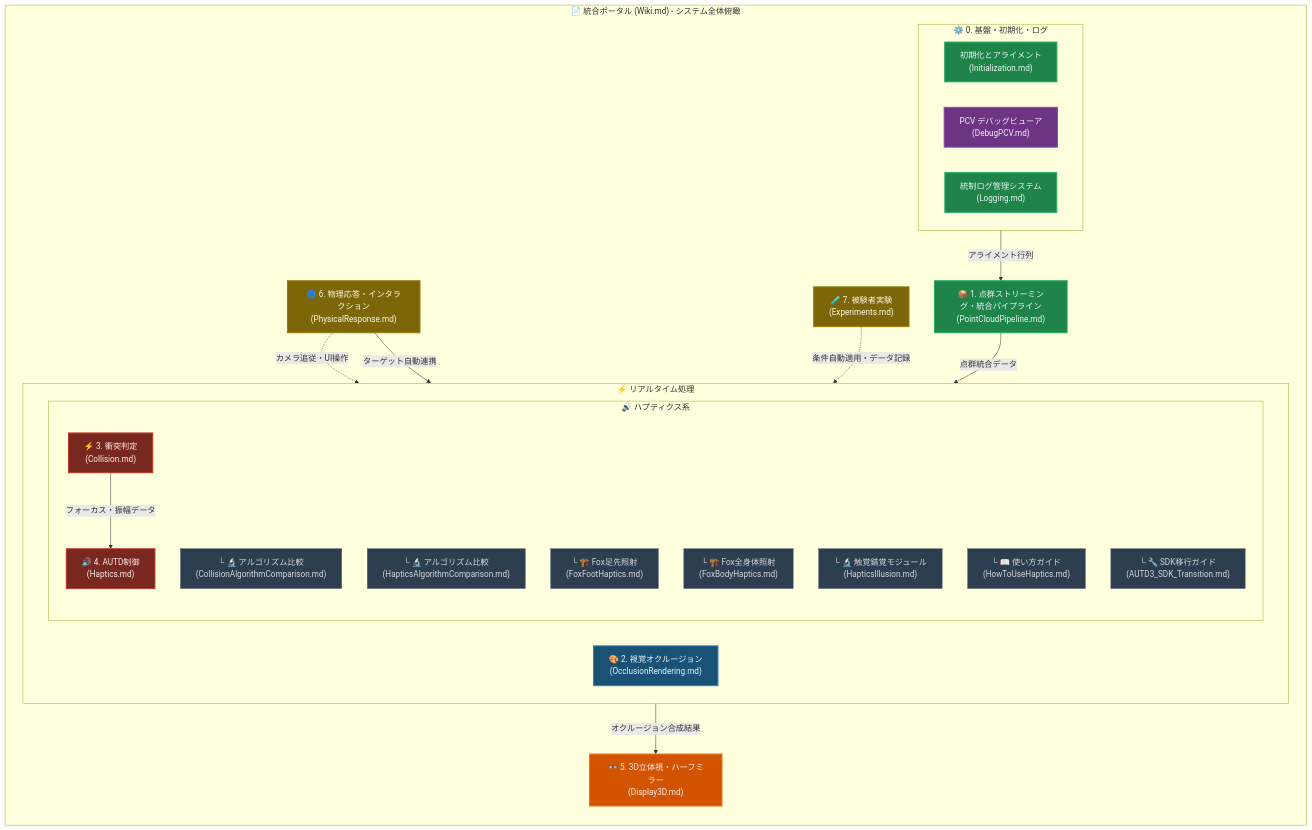
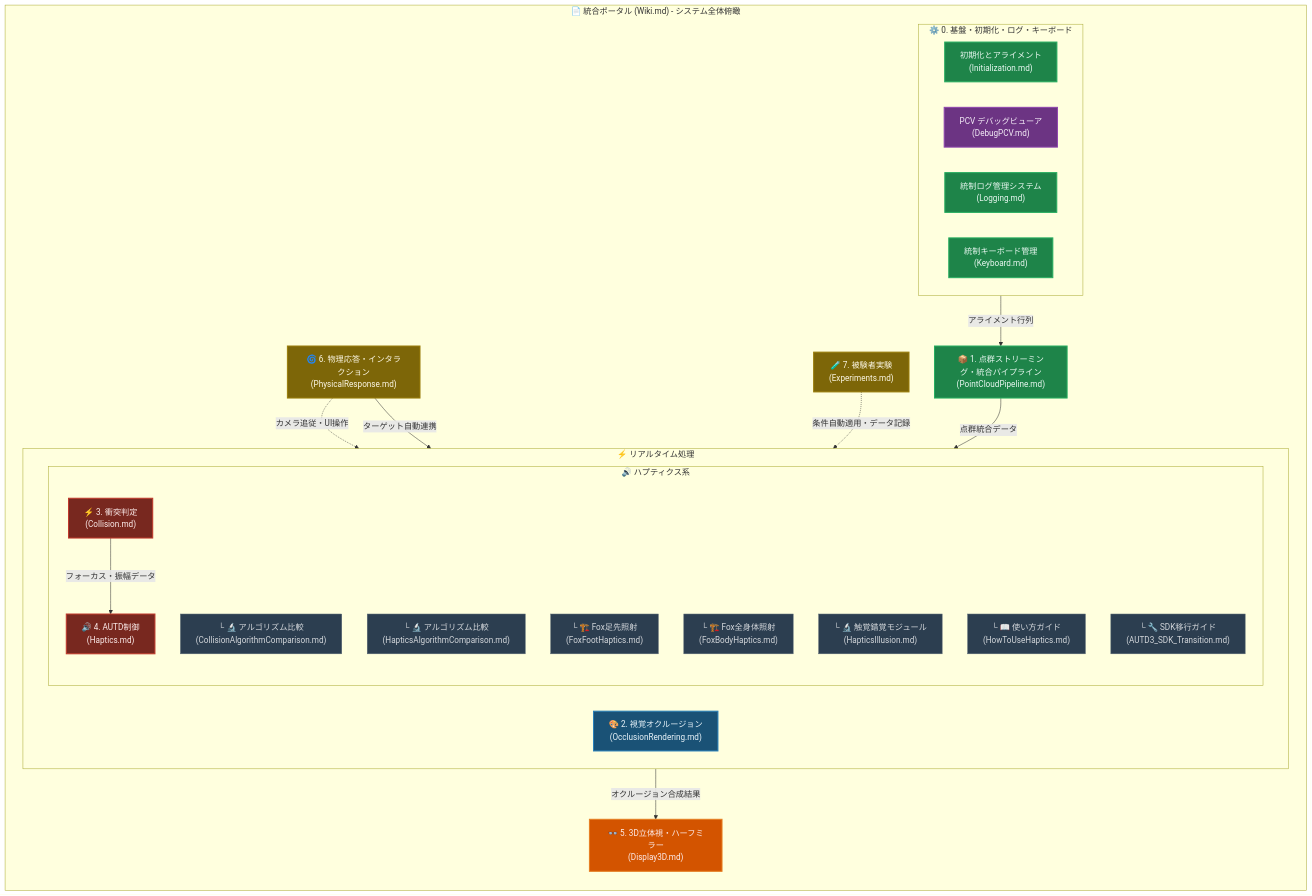
Before and after one commit to kotetsuOU/RealTimeOcclusionDemo: the diagram in Docs/Wiki.md, drawn with Mermaid. The commit also changed other lines of this file and 143 other files, not shown here.

````diff
--- a/Docs/Wiki.md
+++ b/Docs/Wiki.md
@@ -11,57 +11,58 @@
 ```mermaid
 graph TD
     %% スタイル定義
     classDef render fill:#1A5276,stroke:#2980B9,stroke-width:2px,color:#EBF5FB;
     classDef haptic fill:#78281F,stroke:#C0392B,stroke-width:2px,color:#FDEDEC;
     classDef debug fill:#6C3483,stroke:#8E44AD,stroke-width:2px,color:#F5EEF8;
     classDef common fill:#1E8449,stroke:#27AE60,stroke-width:2px,color:#EAF8F2;
     classDef display fill:#D35400,stroke:#E67E22,stroke-width:2px,color:#FDEDEC;
     classDef control fill:#7D6608,stroke:#9A7D0A,stroke-width:2px,color:#FEF9E7;
     classDef sub fill:#2C3E50,stroke:#566573,stroke-width:1px,color:#D5D8DC;
 
     subgraph WIKI ["📄 統合ポータル (Wiki.md) - システム全体俯瞰"]
         direction TD
 
-        subgraph Calibration ["⚙️ 0. 基盤・初期化・ログ"]
+        subgraph Calibration ["⚙️ 0. 基盤・初期化・ログ・キーボード"]
             direction LR
             InitNode["初期化とアライメント<br/>(Initialization.md)"]:::common
             DebugNode["PCV デバッグビューア<br/>(DebugPCV.md)"]:::debug
             LogNode["統制ログ管理システム<br/>(Logging.md)"]:::common
+            KeyNode["統制キーボード管理<br/>(Keyboard.md)"]:::common
         end
 
         PointCloudNode["📦 1. 点群ストリーミング・統合パイプライン<br/>(PointCloudPipeline.md)"]:::common
         
         subgraph RealTimeProcessing ["⚡ リアルタイム処理"]
             direction LR
             RenderNode["🎨 2. 視覚オクルージョン<br/>(OcclusionRendering.md)"]:::render
 
             subgraph HapticsGroup ["🔊 ハプティクス系"]
                 direction TB
                 CollisionNode["⚡ 3. 衝突判定<br/>(Collision.md)"]:::haptic
                 CollisionAlgoNode["└ 🔬 アルゴリズム比較<br/>(CollisionAlgorithmComparison.md)"]:::sub
                 AutdNode["🔊 4. AUTD制御<br/>(Haptics.md)"]:::haptic
                 HapticsAlgoNode["└ 🔬 アルゴリズム比較<br/>(HapticsAlgorithmComparison.md)"]:::sub
                 FoxFootNode["└ 🏗️ Fox足先照射<br/>(FoxFootHaptics.md)"]:::sub
                 FoxBodyNode["└ 🏗️ Fox全身体照射<br/>(FoxBodyHaptics.md)"]:::sub
                 IllusionNode["└ 🔬 触覚錯覚モジュール<br/>(HapticsIllusion.md)"]:::sub
                 HowToNode["└ 📖 使い方ガイド<br/>(HowToUseHaptics.md)"]:::sub
                 SDKNode["└ 🔧 SDK移行ガイド<br/>(AUTD3_SDK_Transition.md)"]:::sub
             end
         end
 
         DisplayNode["👓 5. 3D立体視・ハーフミラー<br/>(Display3D.md)"]:::display
         PhysicsNode["🌀 6. 物理応答・インタラクション<br/>(PhysicalResponse.md)"]:::control
         ExpNode["🧪 7. 被験者実験<br/>(Experiments.md)"]:::control
 
         %% パイプラインデータフロー
         Calibration -->|"アライメント行列"| PointCloudNode
         PointCloudNode -->|"点群統合データ"| RealTimeProcessing
         CollisionNode -->|"フォーカス・振幅データ"| AutdNode
         RenderNode -->|"オクルージョン合成結果"| DisplayNode
         
         %% 独立した制御系
         PhysicsNode -.->|"カメラ追従・UI操作"| RenderNode
         PhysicsNode -->|"ターゲット自動連携"| HapticsGroup
         ExpNode -.->|"条件自動適用・データ記録"| AutdNode
     end
 ```
````
